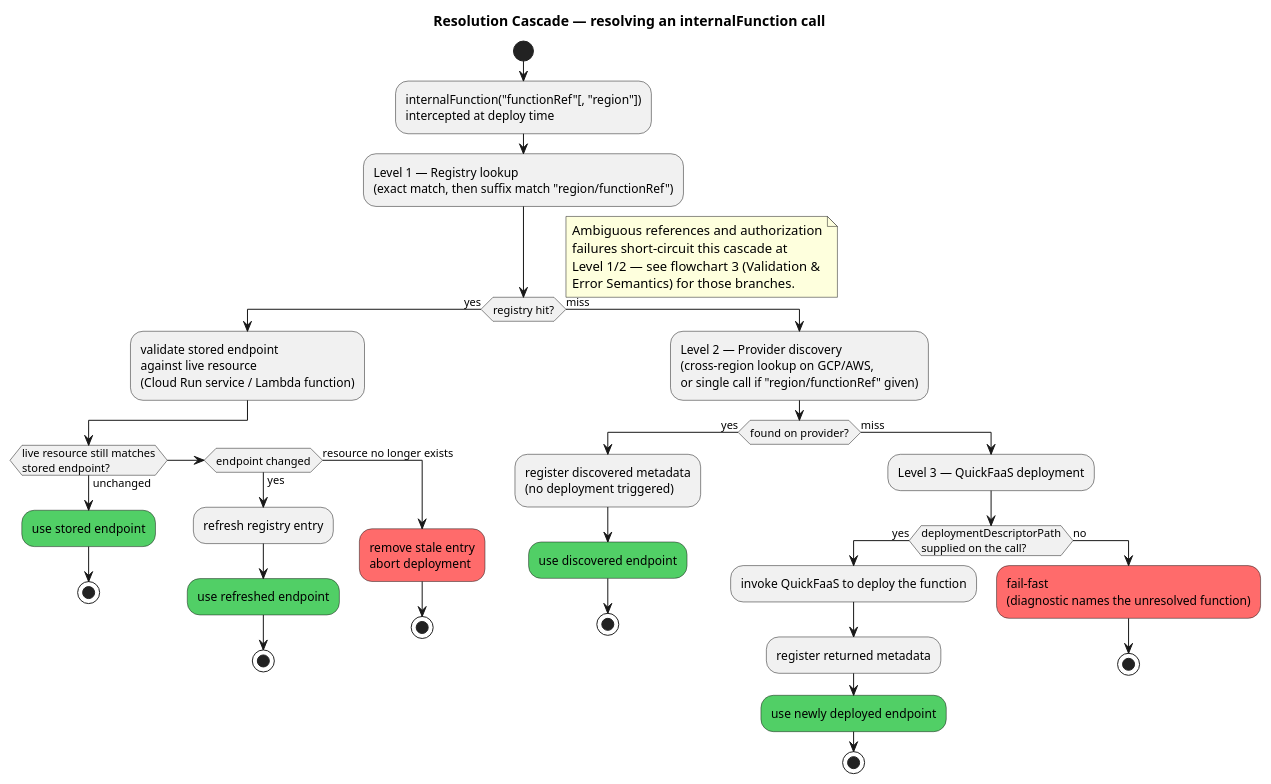
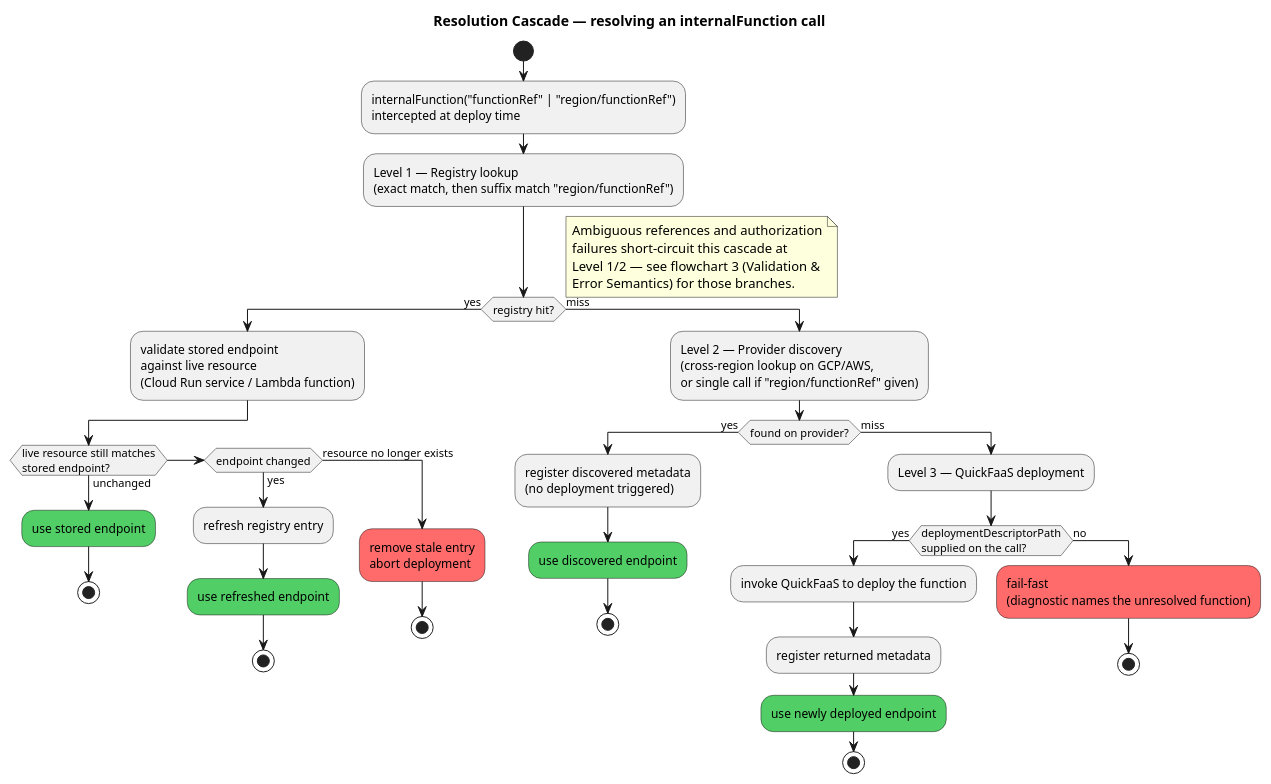
Before and after one commit to EngenheiroPedroCarvalho/ISEL-Thesis-2526: the first of 4 diagrams in resolution-flowcharts.md, drawn with PlantUML.

Commit message:
Fix misleading internalFunction() notation in resolution-cascade diagram
The bracketed [, "region"] read as a second call argument, but the real
signature is internalFunction(name, deploymentDescriptorPath) — region is
never a separate parameter, only an optional "region/functionRef" prefix
inside the single name string (CallContextBuilder.kt, FunctionRegistryStore.kt).

````diff
--- a/resolution-flowcharts.md
+++ b/resolution-flowcharts.md
@@ -21,49 +21,49 @@
 ```plantuml
 @startuml resolution-cascade
 title Resolution Cascade — resolving an internalFunction call
 
 start
-:internalFunction("functionRef"[, "region"])\nintercepted at deploy time;
+:internalFunction("functionRef" | "region/functionRef")\nintercepted at deploy time;
 
 :Level 1 — Registry lookup\n(exact match, then suffix match "region/functionRef");
 if (registry hit?) then (yes)
   :validate stored endpoint\nagainst live resource\n(Cloud Run service / Lambda function);
   if (live resource still matches\nstored endpoint?) then (unchanged)
     #51cf66:use stored endpoint;
     stop
   elseif (endpoint changed) then (yes)
     :refresh registry entry;
     #51cf66:use refreshed endpoint;
     stop
   else (resource no longer exists)
     #ff6b6b:remove stale entry\nabort deployment;
     stop
   endif
 else (miss)
   :Level 2 — Provider discovery\n(cross-region lookup on GCP/AWS,\nor single call if "region/functionRef" given);
   if (found on provider?) then (yes)
     :register discovered metadata\n(no deployment triggered);
     #51cf66:use discovered endpoint;
     stop
   else (miss)
     :Level 3 — QuickFaaS deployment;
     if (deploymentDescriptorPath\nsupplied on the call?) then (yes)
       :invoke QuickFaaS to deploy the function;
       :register returned metadata;
       #51cf66:use newly deployed endpoint;
       stop
     else (no)
       #ff6b6b:fail-fast\n(diagnostic names the unresolved function);
       stop
     endif
   endif
 endif
 
 note right
   Ambiguous references and authorization
   failures short-circuit this cascade at
   Level 1/2 — see flowchart 3 (Validation &
   Error Semantics) for those branches.
 end note
 @enduml
 ```
````
